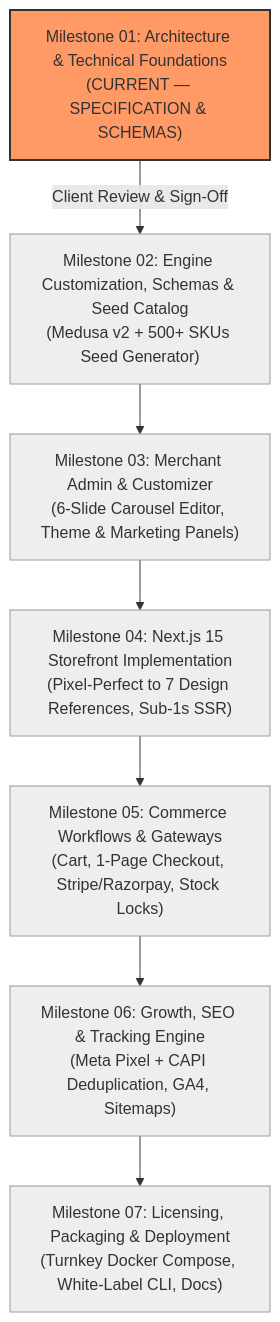
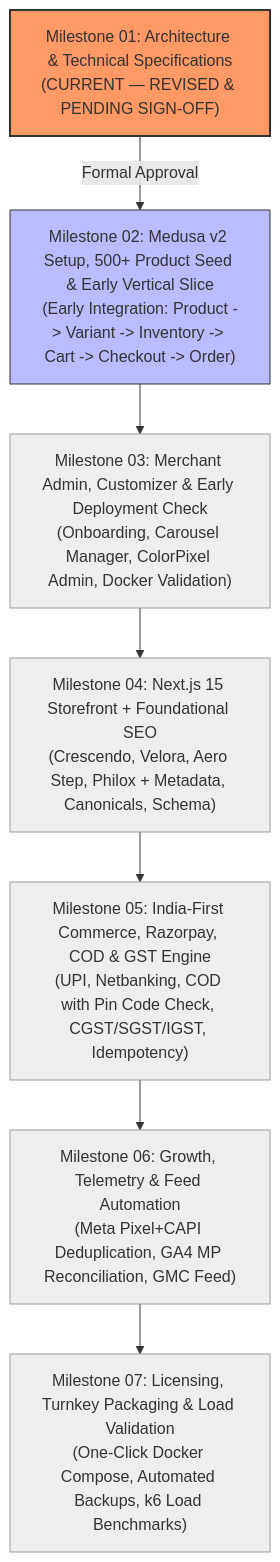
Before and after one commit to Ajuworks96/theecombuddy: the diagram in docs/DEVELOPMENT_ROADMAP.md, drawn with Mermaid. The commit also changed other lines of this file and 9 other files, not shown here.

Commit message:
fix(docs): incorporate step-01 architecture corrections across all specifications

````diff
--- a/docs/DEVELOPMENT_ROADMAP.md
+++ b/docs/DEVELOPMENT_ROADMAP.md
@@ -15,25 +18,25 @@
 ```mermaid
 flowchart TD
-    M1["Milestone 01: Architecture & Technical Foundations\n(CURRENT — SPECIFICATION & SCHEMAS)"]
-    M2["Milestone 02: Engine Customization, Schemas & Seed Catalog\n(Medusa v2 + 500+ SKUs Seed Generator)"]
-    M3["Milestone 03: Merchant Admin & Customizer\n(6-Slide Carousel Editor, Theme & Marketing Panels)"]
-    M4["Milestone 04: Next.js 15 Storefront Implementation\n(Pixel-Perfect to 7 Design References, Sub-1s SSR)"]
-    M5["Milestone 05: Commerce Workflows & Gateways\n(Cart, 1-Page Checkout, Stripe/Razorpay, Stock Locks)"]
-    M6["Milestone 06: Growth, SEO & Tracking Engine\n(Meta Pixel + CAPI Deduplication, GA4, Sitemaps)"]
-    M7["Milestone 07: Licensing, Packaging & Deployment\n(Turnkey Docker Compose, White-Label CLI, Docs)"]
+    M1["Milestone 01: Architecture & Technical Specifications\n(CURRENT — REVISED & PENDING SIGN-OFF)"]
+    M2["Milestone 02: Medusa v2 Setup, 500+ Product Seed & Early Vertical Slice\n(Early Integration: Product -> Variant -> Inventory -> Cart -> Checkout -> Order)"]
+    M3["Milestone 03: Merchant Admin, Customizer & Early Deployment Check\n(Onboarding, Carousel Manager, ColorPixel Admin, Docker Validation)"]
+    M4["Milestone 04: Next.js 15 Storefront + Foundational SEO\n(Crescendo, Velora, Aero Step, Philox + Metadata, Canonicals, Schema)"]
+    M5["Milestone 05: India-First Commerce, Razorpay, COD & GST Engine\n(UPI, Netbanking, COD with Pin Code Check, CGST/SGST/IGST, Idempotency)"]
+    M6["Milestone 06: Growth, Telemetry & Feed Automation\n(Meta Pixel+CAPI Deduplication, GA4 MP Reconciliation, GMC Feed)"]
+    M7["Milestone 07: Licensing, Turnkey Packaging & Load Validation\n(One-Click Docker Compose, Automated Backups, k6 Load Benchmarks)"]
 
-    M1 -->|Client Review & Sign-Off| M2
+    M1 -->|Formal Approval| M2
     M2 --> M3
     M3 --> M4
     M4 --> M5
     M5 --> M6
     M6 --> M7
 
     style M1 fill:#f96,stroke:#333,stroke-width:2px
-    style M2 fill:#eee,stroke:#999,stroke-width:1px
+    style M2 fill:#bbf,stroke:#333,stroke-width:1px
     style M3 fill:#eee,stroke:#999,stroke-width:1px
     style M4 fill:#eee,stroke:#999,stroke-width:1px
     style M5 fill:#eee,stroke:#999,stroke-width:1px
     style M6 fill:#eee,stroke:#999,stroke-width:1px
     style M7 fill:#eee,stroke:#999,stroke-width:1px
 ```
````
